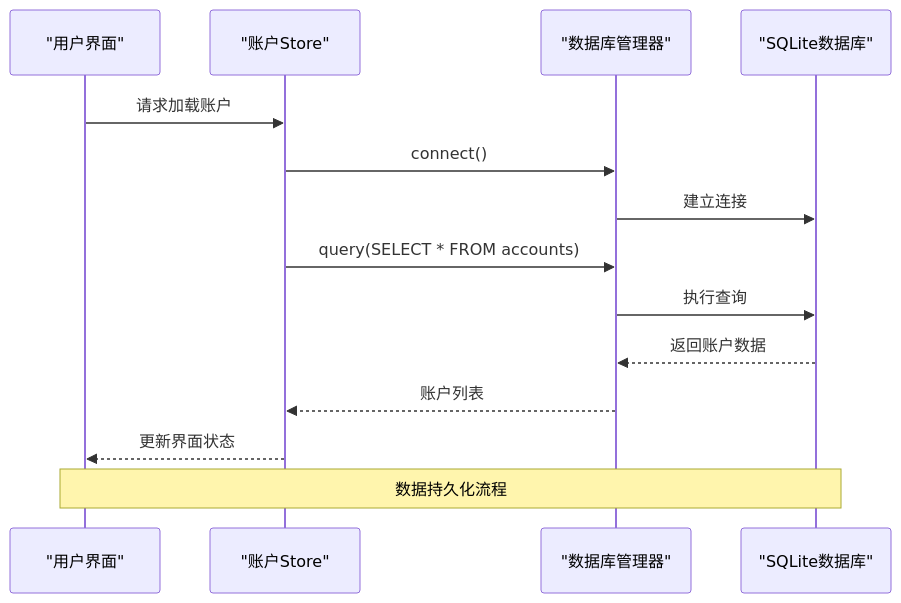
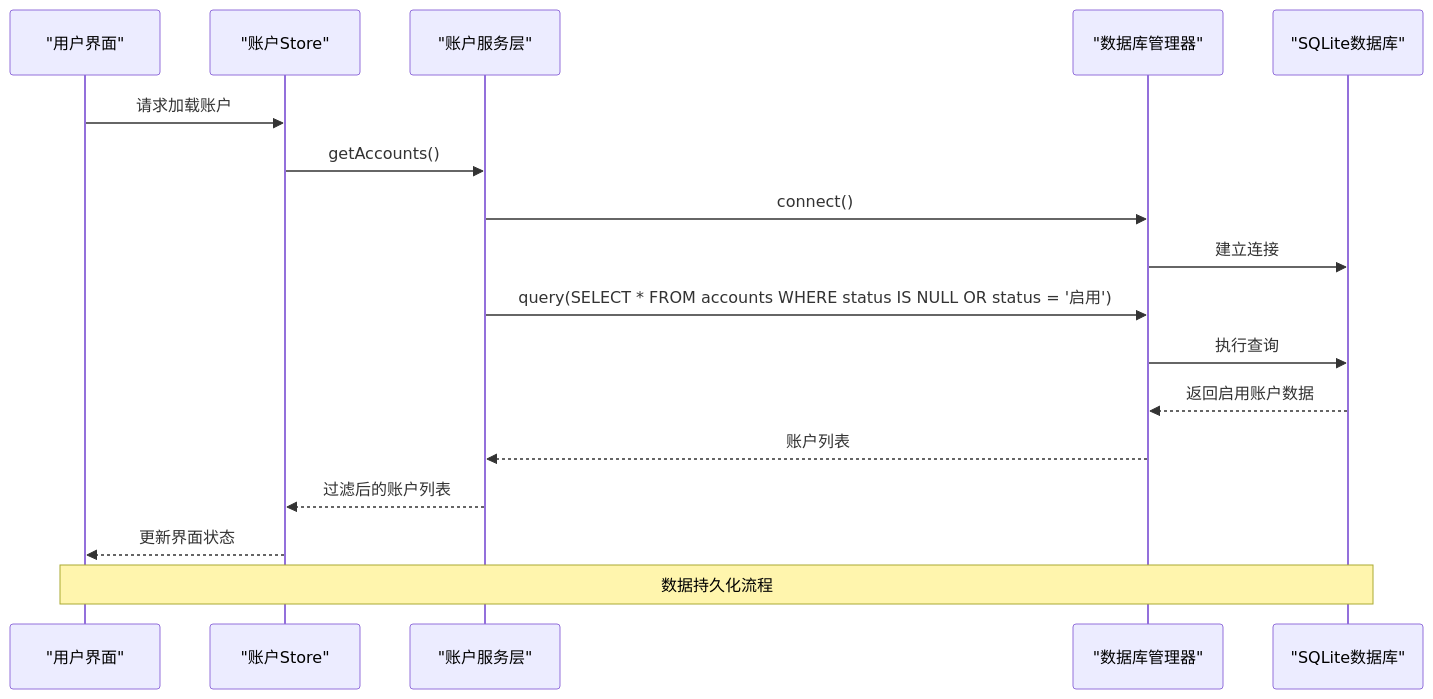
The second of 5 diagrams in .qoder/repowiki/zh/content/账户管理/账户数据模型.md (xiao-lin-unit/yuan), drawn with Mermaid before and after one commit. The commit also changed other lines of this file and 19 other files, not shown here.

````diff
--- a/.qoder/repowiki/zh/content/账户管理/账户数据模型.md
+++ b/.qoder/repowiki/zh/content/账户管理/账户数据模型.md
@@ -96,16 +118,19 @@
 ```mermaid
 sequenceDiagram
 participant UI as "用户界面"
 participant Store as "账户Store"
+participant Service as "账户服务层"
 participant DB as "数据库管理器"
 participant SQLite as "SQLite数据库"
 UI->>Store : 请求加载账户
-Store->>DB : connect()
+Store->>Service : getAccounts()
+Service->>DB : connect()
 DB->>SQLite : 建立连接
-Store->>DB : query(SELECT * FROM accounts)
+Service->>DB : query(SELECT * FROM accounts WHERE status IS NULL OR status = '启用')
 DB->>SQLite : 执行查询
-SQLite-->>DB : 返回账户数据
-DB-->>Store : 账户列表
+SQLite-->>DB : 返回启用账户数据
+DB-->>Service : 账户列表
+Service-->>Store : 过滤后的账户列表
 Store-->>UI : 更新界面状态
 Note over UI,SQLite : 数据持久化流程
 ```
````
